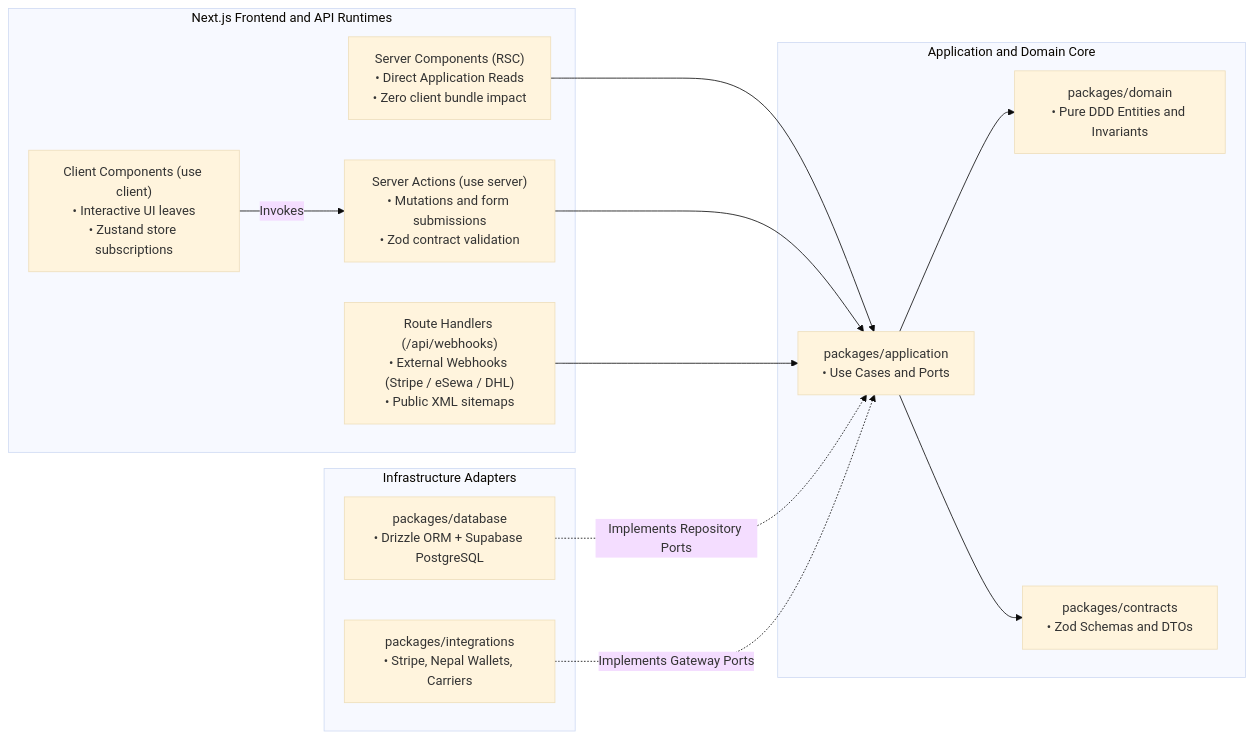
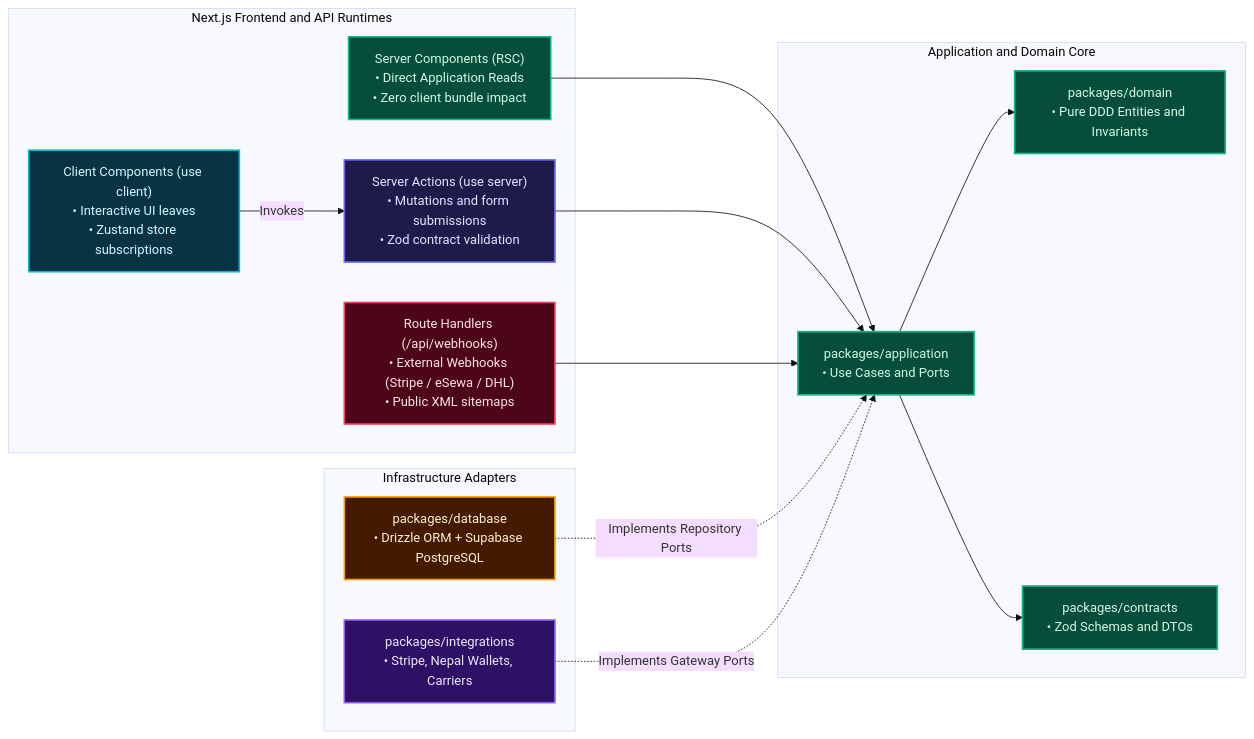
One commit to Sarthak2233/Jeanius changed the diagram in docs/assets/diagrams/src/architecture-runtime-boundaries.mmd. Above: the diagram before and after it, drawn with Mermaid (base theme). The commit also changed 43 other files, not shown here.

First line of the commit message:
feat(docs): revamp diagrams with high-contrast dark atelier card styling and semantic palettes

```diff
--- a/docs/assets/diagrams/src/architecture-runtime-boundaries.mmd
+++ b/docs/assets/diagrams/src/architecture-runtime-boundaries.mmd
@@ -1,27 +1,41 @@
 graph LR
     subgraph Next.js Frontend and API Runtimes
         RSC["Server Components (RSC)<br/>• Direct Application Reads<br/>• Zero client bundle impact"]
         Client["Client Components (use client)<br/>• Interactive UI leaves<br/>• Zustand store subscriptions"]
         Actions["Server Actions (use server)<br/>• Mutations and form submissions<br/>• Zod contract validation"]
         Routes["Route Handlers (/api/webhooks)<br/>• External Webhooks (Stripe / eSewa / DHL)<br/>• Public XML sitemaps"]
     end
 
     subgraph Application and Domain Core
         AppCore["packages/application<br/>• Use Cases and Ports"]
         DomainCore["packages/domain<br/>• Pure DDD Entities and Invariants"]
         ContractsCore["packages/contracts<br/>• Zod Schemas and DTOs"]
     end
 
     subgraph Infrastructure Adapters
         DB["packages/database<br/>• Drizzle ORM + Supabase PostgreSQL"]
         Gateways["packages/integrations<br/>• Stripe, Nepal Wallets, Carriers"]
     end
 
     RSC --> AppCore
     Client -->|Invokes| Actions
     Actions --> AppCore
     Routes --> AppCore
     AppCore --> DomainCore
     AppCore --> ContractsCore
     DB -.->|Implements Repository Ports| AppCore
     Gateways -.->|Implements Gateway Ports| AppCore
+
+    classDef emerald fill:#064e3b,stroke:#10b981,stroke-width:2px,color:#d1fae5;
+    classDef cyan fill:#083344,stroke:#06b6d4,stroke-width:2px,color:#cffafe;
+    classDef indigo fill:#1e1b4b,stroke:#6366f1,stroke-width:2px,color:#e0e7ff;
+    classDef rose fill:#4c0519,stroke:#f43f5e,stroke-width:2px,color:#ffe4e6;
+    classDef amber fill:#451a03,stroke:#f59e0b,stroke-width:2px,color:#fef3c7;
+    classDef violet fill:#2e1065,stroke:#8b5cf6,stroke-width:2px,color:#ede9fe;
+
+    class RSC,AppCore,DomainCore,ContractsCore emerald;
+    class Client cyan;
+    class Actions indigo;
+    class Routes rose;
+    class DB amber;
+    class Gateways violet;
```
